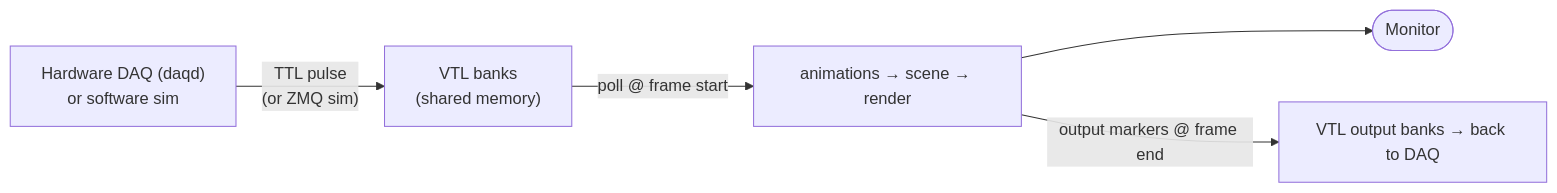
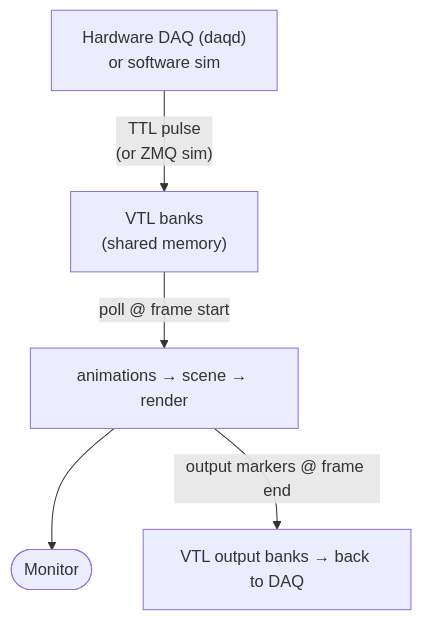
The third of 3 diagrams in docs/index.md (braemons/vstimd), drawn with Mermaid before and after one commit. The commit also changed other lines of this file and 7 other files, not shown here.

First line of the commit message:
docs: convert ASCII diagrams to mermaid, fix wide diagrams, add reference links

````diff
--- a/docs/index.md
+++ b/docs/index.md
@@ -64,7 +66,7 @@
 ```mermaid
-flowchart LR
+flowchart TB
     daq["Hardware DAQ (daqd)<br/>or software sim"] -->|"TTL pulse<br/>(or ZMQ sim)"| vtl["VTL banks<br/>(shared memory)"]
     vtl -->|"poll @ frame start"| anim["animations → scene → render"]
     anim --> monitor([Monitor])
     anim -->|"output markers @ frame end"| out["VTL output banks → back to DAQ"]
 ```
````
